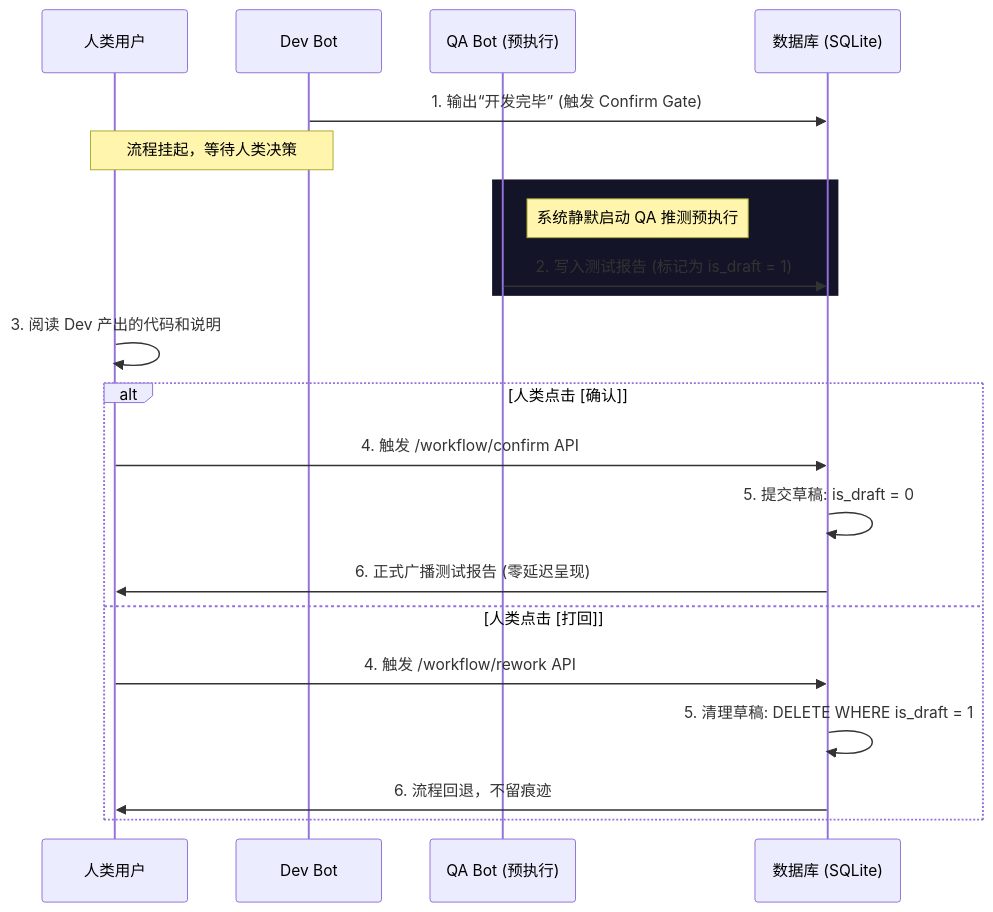
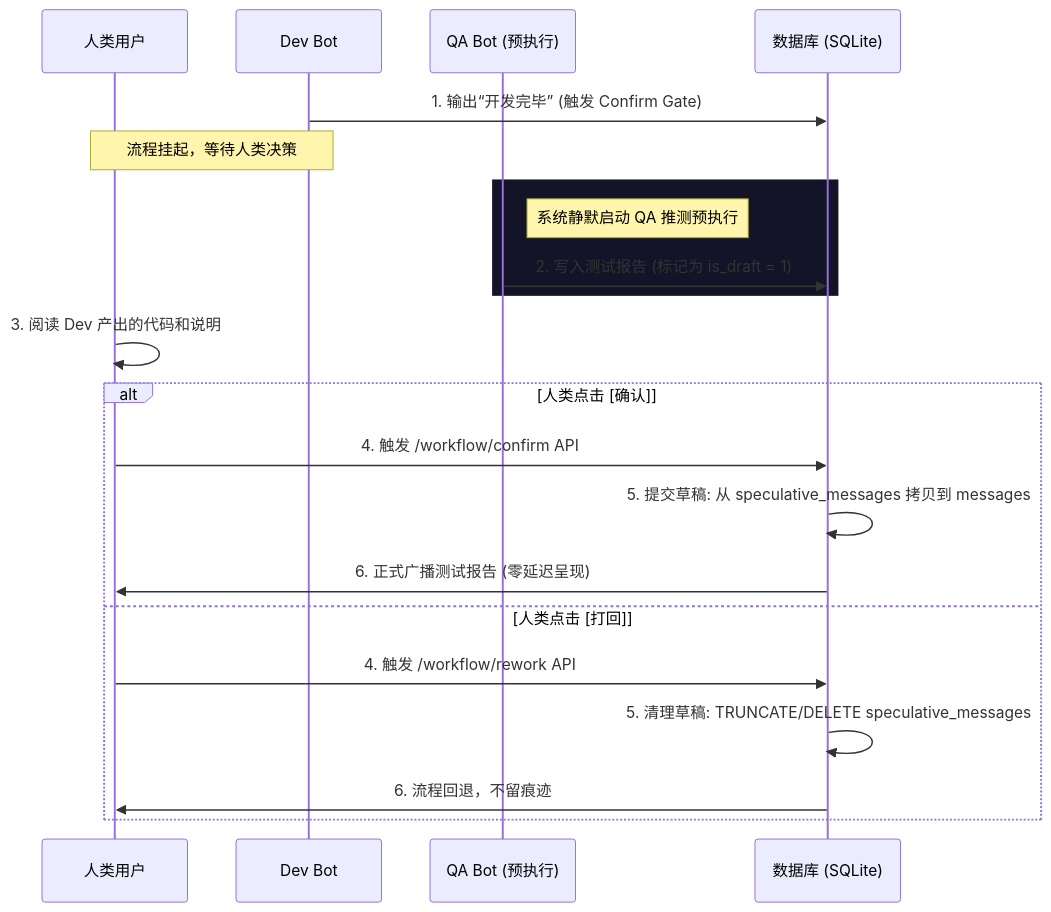
The diagram in docs/SPECULATIVE-EXECUTION-DESIGN.md (nuke-yu/nuke-ai-collaborator), drawn with Mermaid before and after one commit. The commit also changed other lines of this file, not shown here.

Commit message:
docs: refine speculative execution database isolation scheme to use dedicated speculative_messages table

````diff
--- a/docs/SPECULATIVE-EXECUTION-DESIGN.md
+++ b/docs/SPECULATIVE-EXECUTION-DESIGN.md
@@ -17,27 +17,27 @@
 ```mermaid
 sequenceDiagram
     participant User as 人类用户
     participant Dev as Dev Bot
     participant QA as QA Bot (预执行)
     participant DB as 数据库 (SQLite)
 
     Dev->>DB: 1. 输出“开发完毕” (触发 Confirm Gate)
     Note over User, Dev: 流程挂起，等待人类决策
     
     rect rgb(20, 20, 40)
         Note right of QA: 系统静默启动 QA 推测预执行
         QA->>DB: 2. 写入测试报告 (标记为 is_draft = 1)
     end
     
     User->>User: 3. 阅读 Dev 产出的代码和说明
     
     alt 人类点击 [确认]
         User->>DB: 4. 触发 /workflow/confirm API
-        DB->>DB: 5. 提交草稿: is_draft = 0
+        DB->>DB: 5. 提交草稿: 从 speculative_messages 拷贝到 messages
         DB->>User: 6. 正式广播测试报告 (零延迟呈现)
     else 人类点击 [打回]
         User->>DB: 4. 触发 /workflow/rework API
-        DB->>DB: 5. 清理草稿: DELETE WHERE is_draft = 1
+        DB->>DB: 5. 清理草稿: TRUNCATE/DELETE speculative_messages
         DB->>User: 6. 流程回退，不留痕迹
     end
 ```
````
